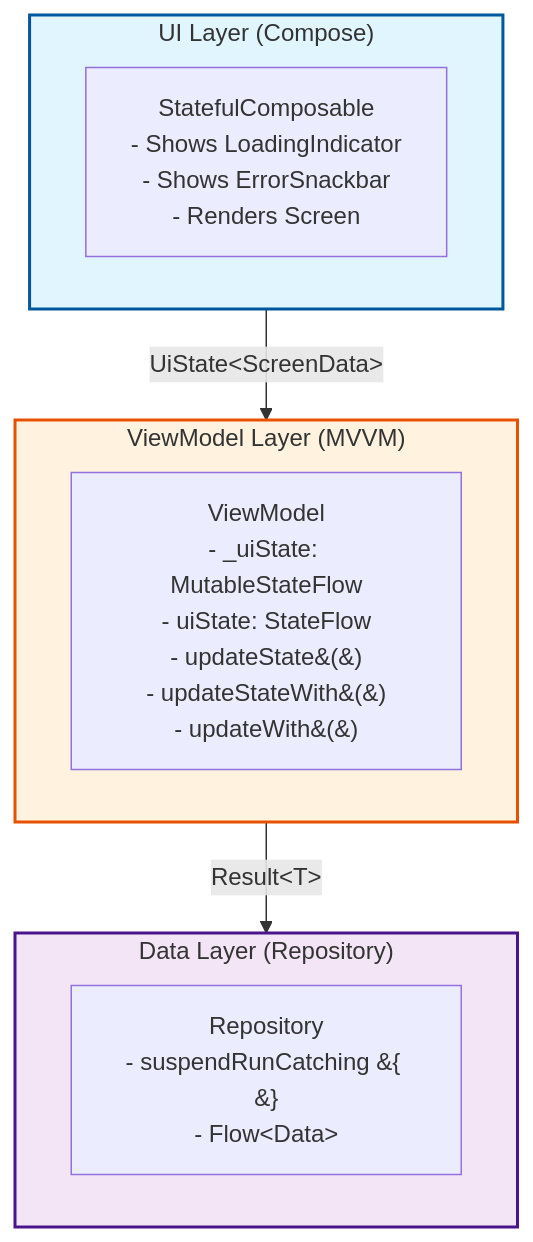
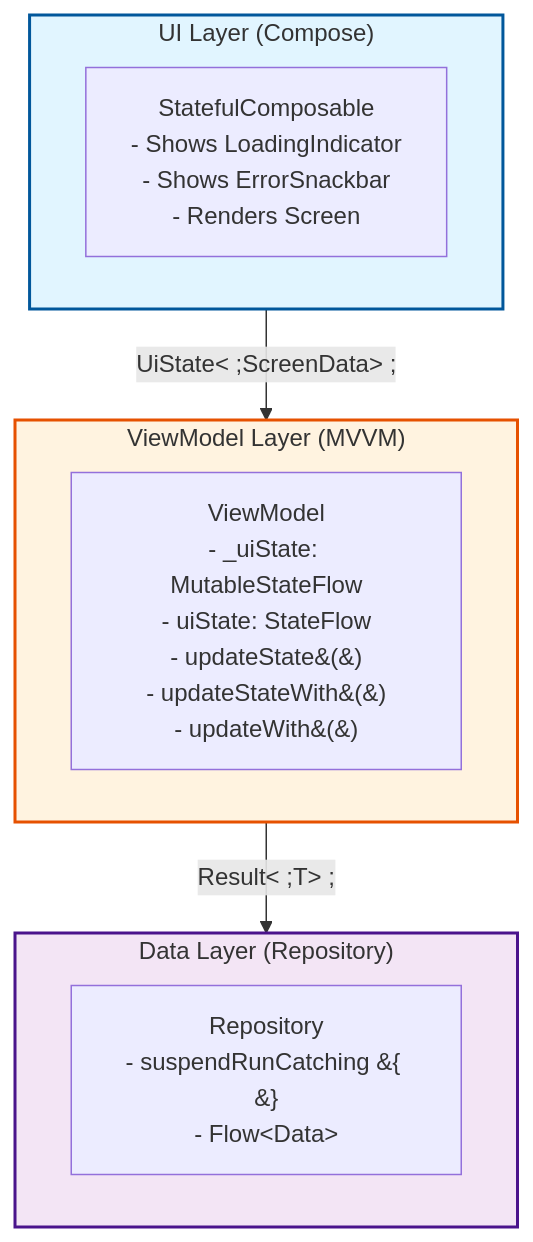
Before and after one commit to atick-faisal/Jetpack-Android-Starter: the diagram in docs/state-management.md, drawn with Mermaid. The commit also changed other lines of this file and 31 other files, not shown here.

````diff
--- a/docs/state-management.md
+++ b/docs/state-management.md
@@ -34,21 +39,21 @@
 ```mermaid
 graph TB
     subgraph UI["UI Layer (Compose)"]
         SC[StatefulComposable<br/>- Shows LoadingIndicator<br/>- Shows ErrorSnackbar<br/>- Renders Screen]
     end
 
-    subgraph VM["ViewModel Layer (MVVM)"]
-        VML[ViewModel<br/>- _uiState: MutableStateFlow<br/>- uiState: StateFlow<br/>- updateState&#40;&#41;<br/>- updateStateWith&#40;&#41;<br/>- updateWith&#40;&#41;]
-    end
+subgraph VM["ViewModel Layer (MVVM)"]
+VML[ViewModel<br/>- _uiState: MutableStateFlow<br/>- uiState: StateFlow<br/>- updateState&#40;&#41;<br/>- updateStateWith&#40;&#41;<br/>- updateWith&#40;&#41;]
+end
 
-    subgraph Data["Data Layer (Repository)"]
-        Repo[Repository<br/>- suspendRunCatching &#123; &#125;<br/>- Flow&lt;Data&gt;]
-    end
+subgraph Data["Data Layer (Repository)"]
+Repo[Repository<br/>- suspendRunCatching &#123; &#125;<br/>- Flow&lt;Data&gt;]
+end
 
-    UI -->|UiState&lt;ScreenData&gt;| VM
-    VM -->|Result&lt;T&gt;| Data
+UI -->|UiState&lt ;ScreenData&gt ;|VM
+VM -->|Result&lt ;T&gt ;|Data
 
-    style UI fill:#e1f5ff,stroke:#01579b,stroke-width:2px
-    style VM fill:#fff3e0,stroke:#e65100,stroke-width:2px
-    style Data fill:#f3e5f5,stroke:#4a148c,stroke-width:2px
+style UI fill:#e1f5ff, stroke: #01579b, stroke-width: 2px
+style VM fill: #fff3e0, stroke: #e65100,stroke-width: 2px
+style Data fill: #f3e5f5,stroke: #4a148c, stroke-width: 2px
 ```
````
